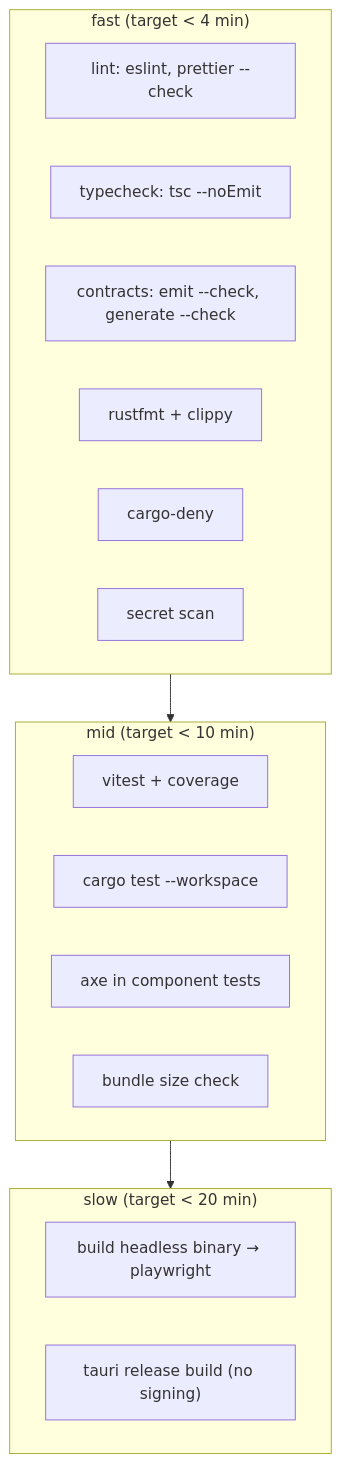
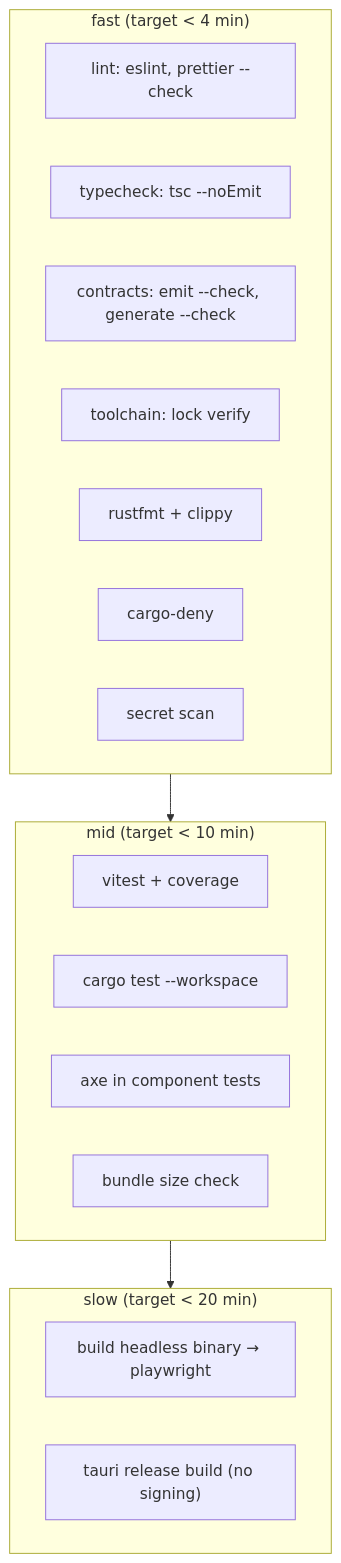
One commit to Av1ation-Association/Av1ation-Station changed the diagram in docs/plan/05-ci.md. Above: the diagram before and after it, drawn with Mermaid. The commit also changed other lines of this file and 45 other files, not shown here.

Commit message:
docs: refresh architecture and delivery docs

````diff
--- a/docs/plan/05-ci.md
+++ b/docs/plan/05-ci.md
@@ -33,22 +35,23 @@
 ```mermaid
 flowchart TB
     subgraph fast["fast (target < 4 min)"]
         L["lint: eslint, prettier --check"]
         T["typecheck: tsc --noEmit"]
         C["contracts: emit --check, generate --check"]
+        TC["toolchain: lock verify"]
         R["rustfmt + clippy"]
         D["cargo-deny"]
         S["secret scan"]
     end
     subgraph mid["mid (target < 10 min)"]
         UT["vitest + coverage"]
         RT["cargo test --workspace"]
         A11Y["axe in component tests"]
         BUD["bundle size check"]
     end
     subgraph slow["slow (target < 20 min)"]
         E2E["build headless binary → playwright"]
         RB["tauri release build (no signing)"]
     end
     fast --> mid --> slow
 ```
````
